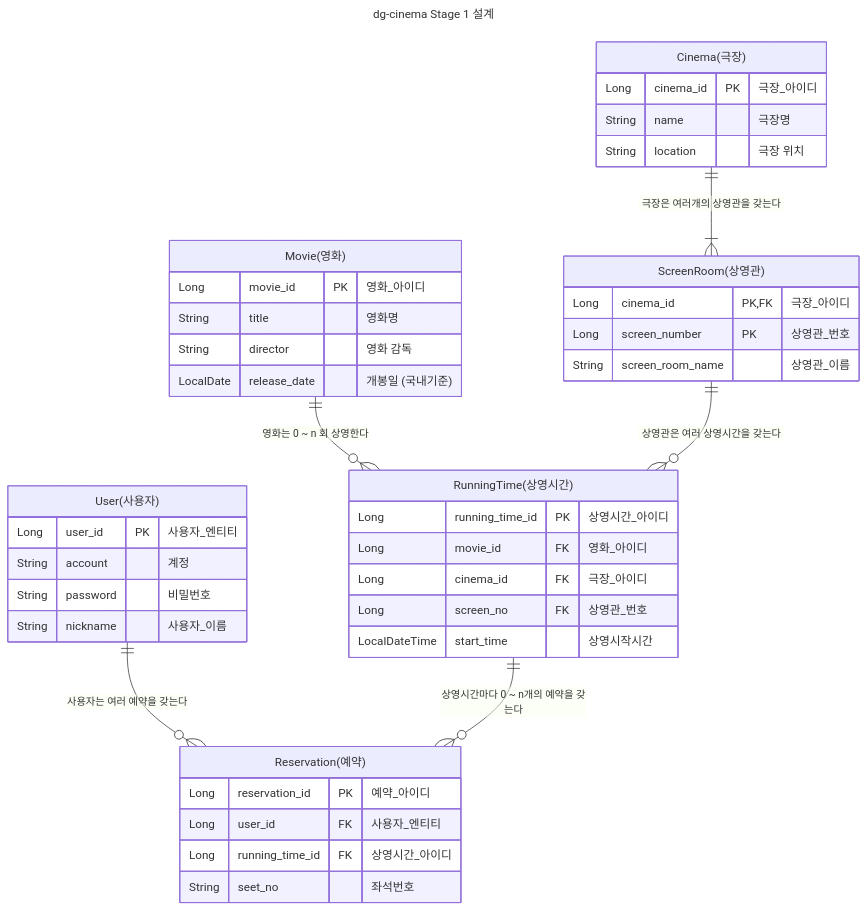
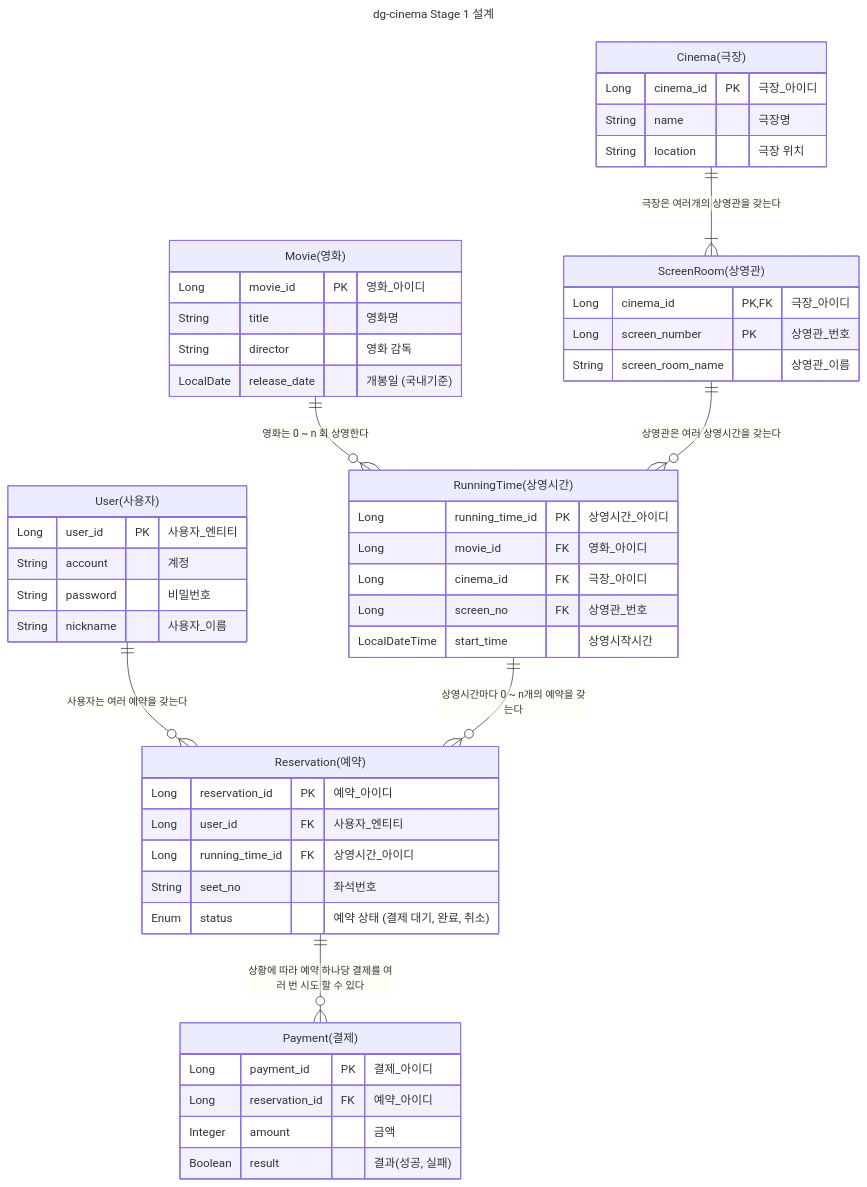
The diagram in document/ENTITY.md (leesj8116/dg-cinema-backend), drawn with Mermaid before and after one commit. The commit also changed 5 other files, not shown here.

````diff
--- a/document/ENTITY.md
+++ b/document/ENTITY.md
@@ -5,51 +5,59 @@
 ```mermaid
 ---
 title: dg-cinema Stage 1 설계
 ---
 erDiagram
     "User(사용자)" {
         Long user_id PK "사용자_엔티티"
         String account "계정"
         String password "비밀번호"
         String nickname "사용자_이름"
     }
     "Movie(영화)" {
         Long movie_id PK "영화_아이디"
         String title "영화명"
         String director "영화 감독"
         LocalDate release_date "개봉일 (국내기준)"
     }
     "Cinema(극장)" {
         Long cinema_id PK "극장_아이디"
         String name "극장명"
         String location "극장 위치"
     }
 
     "ScreenRoom(상영관)" {
         Long cinema_id PK, FK "극장_아이디"
         Long screen_number PK "상영관_번호"
         String screen_room_name "상영관_이름"
     }
 
     "Reservation(예약)" {
         Long reservation_id PK "예약_아이디"
         Long user_id FK "사용자_엔티티"
         Long running_time_id FK "상영시간_아이디"
         String seet_no "좌석번호"
+        Enum status "예약 상태 (결제 대기, 완료, 취소)"
     }
 
     "RunningTime(상영시간)" {
         Long running_time_id PK "상영시간_아이디"
         Long movie_id FK "영화_아이디"
         Long cinema_id FK "극장_아이디"
         Long screen_no FK "상영관_번호"
         LocalDateTime start_time "상영시작시간"
     }
 
+    "Payment(결제)" {
+        Long payment_id PK "결제_아이디"
+        Long reservation_id FK "예약_아이디"
+        Integer amount "금액"
+        Boolean result "결과(성공, 실패)"
+    }
+
     "Movie(영화)" ||--o{ "RunningTime(상영시간)": "영화는 0 ~ n 회 상영한다"
     "ScreenRoom(상영관)" ||--o{ "RunningTime(상영시간)": "상영관은 여러 상영시간을 갖는다"
     "Cinema(극장)" ||--|{ "ScreenRoom(상영관)": "극장은 여러개의 상영관을 갖는다"
     "User(사용자)" ||--o{ "Reservation(예약)": "사용자는 여러 예약을 갖는다"
     "RunningTime(상영시간)" ||--o{ "Reservation(예약)": "상영시간마다 0 ~ n개의 예약을 갖는다"
-
+    "Reservation(예약)" ||--o{ "Payment(결제)": "상황에 따라 예약 하나당 결제를 여러 번 시도 할 수 있다"
 ```
````
